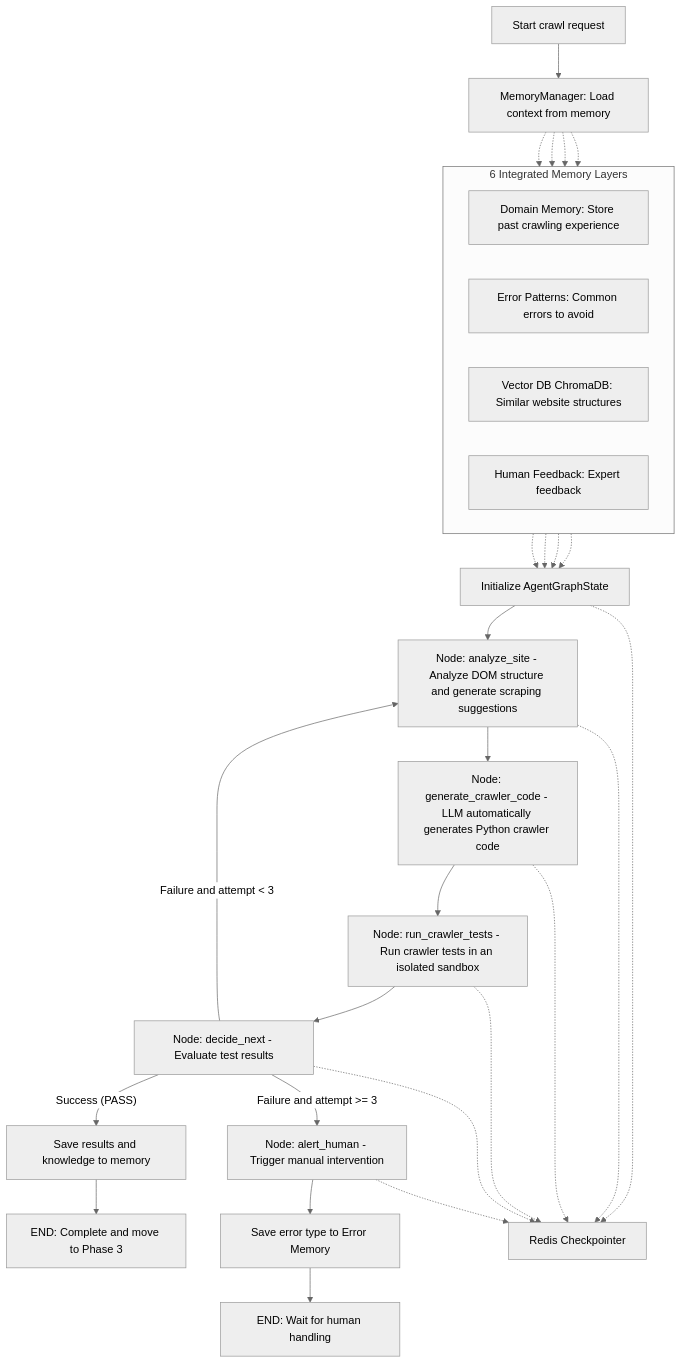
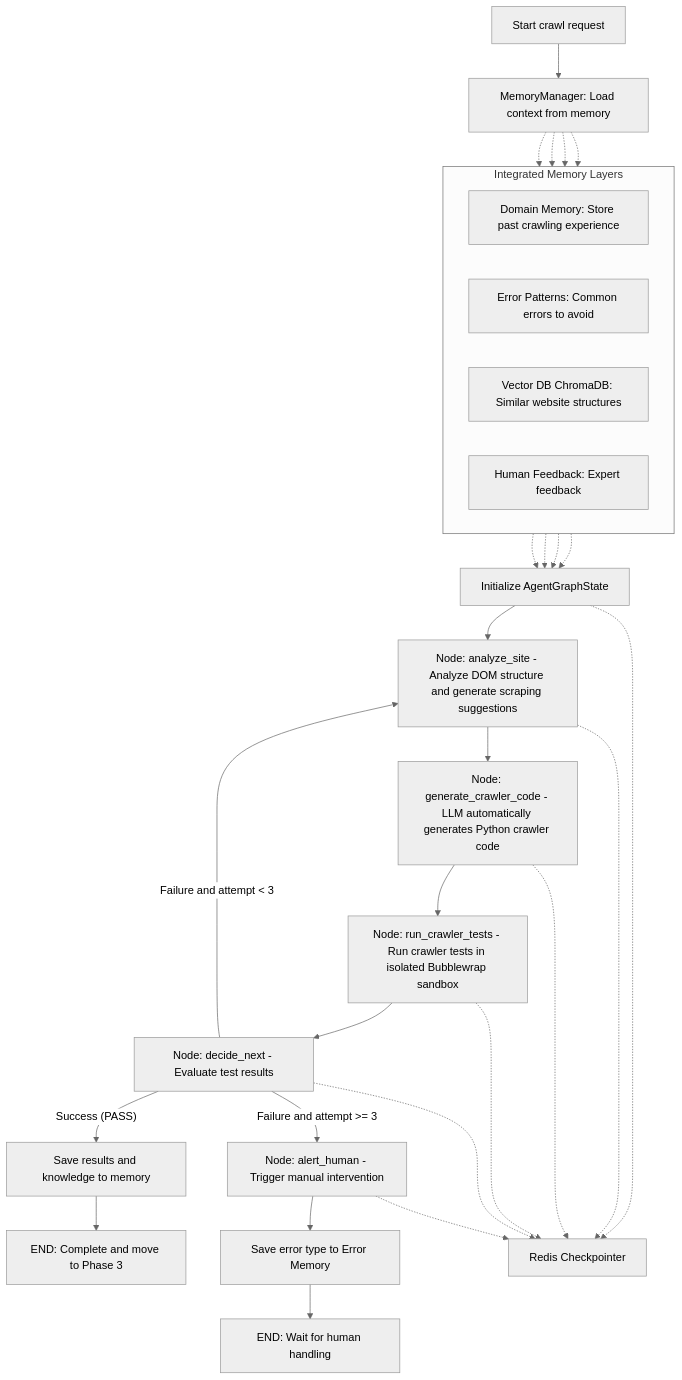
One commit to GiangGG1116/crawler_agent changed the second of 2 diagrams in README.md. Above: the diagram before and after it, drawn with Mermaid (neutral theme). The commit also changed other lines of this file, not shown here.

Commit message:
fix(agent): harden structured output and sandbox runtime

````diff
--- a/README.md
+++ b/README.md
@@ -38,49 +47,49 @@
 ```mermaid
 flowchart TD
     %% Define the main nodes
     Start["Start crawl request"] --> PreLoad["MemoryManager: Load context from memory"]
-    
-    subgraph MemoryLayers ["6 Integrated Memory Layers"]
+  
+    subgraph MemoryLayers ["Integrated Memory Layers"]
         direction LR
         DM["Domain Memory: Store past crawling experience"]
         EM["Error Patterns: Common errors to avoid"]
         KB["Vector DB ChromaDB: Similar website structures"]
         HF["Human Feedback: Expert feedback"]
     end
-    
+  
     PreLoad -.-> DM
     PreLoad -.-> EM
     PreLoad -.-> KB
     PreLoad -.-> HF
-    
+  
     DM -.-> InitState["Initialize AgentGraphState"]
     EM -.-> InitState
     KB -.-> InitState
     HF -.-> InitState
-    
+  
     InitState --> NodeAnalyze["Node: analyze_site - Analyze DOM structure and generate scraping suggestions"]
-    
+  
     NodeAnalyze --> NodeGen["Node: generate_crawler_code - LLM automatically generates Python crawler code"]
-    
-    NodeGen --> NodeTest["Node: run_crawler_tests - Run crawler tests in an isolated sandbox"]
-    
+  
+    NodeGen --> NodeTest["Node: run_crawler_tests - Run crawler tests in isolated Bubblewrap sandbox"]
+  
     NodeTest --> NodeDecide["Node: decide_next - Evaluate test results"]
-    
+  
     %% Branch decisions
     NodeDecide -- "Success (PASS)" --> PersistSuccess["Save results and knowledge to memory"]
     PersistSuccess --> EndSuccess["END: Complete and move to Phase 3"]
-    
+  
     NodeDecide -- "Failure and attempt < 3" --> NodeAnalyze
-    
+  
     NodeDecide -- "Failure and attempt >= 3" --> NodeAlert["Node: alert_human - Trigger manual intervention"]
     NodeAlert --> PersistFail["Save error type to Error Memory"]
     PersistFail --> EndHuman["END: Wait for human handling"]
 
     %% Checkpointer stores state continuously
     InitState -.-> RedisCheck["Redis Checkpointer"]
     NodeAnalyze -.-> RedisCheck
     NodeGen -.-> RedisCheck
     NodeTest -.-> RedisCheck
     NodeDecide -.-> RedisCheck
     NodeAlert -.-> RedisCheck
 ```
````
